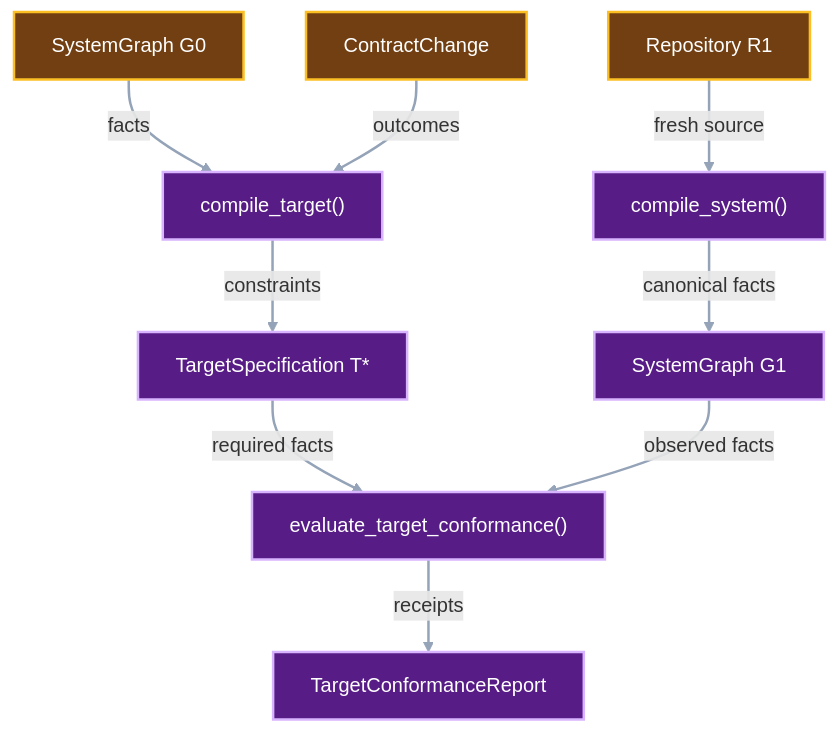
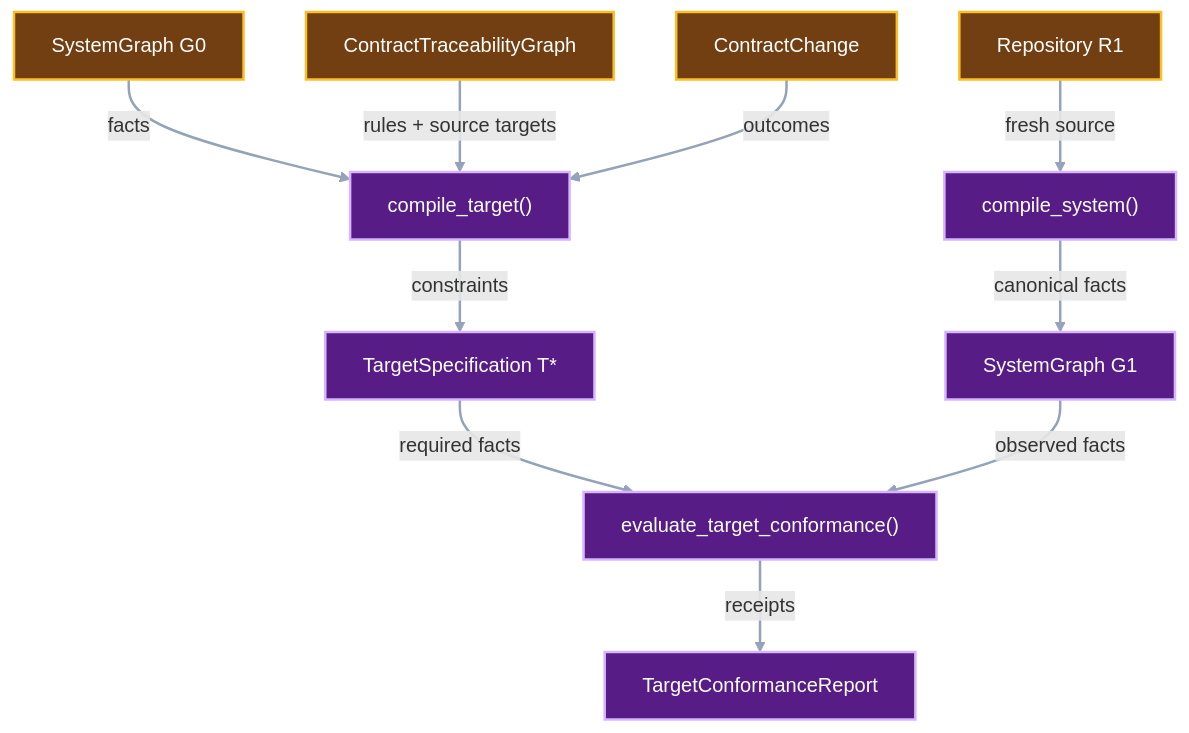
One commit to pvd232/viper changed the third of 4 diagrams in docs/development/system-impact-compiler.md. Above: the diagram before and after it, drawn with Mermaid. The commit also changed other lines of this file and 4 other files, not shown here.

Commit message:
Separate source graph from change traceability

````diff
--- a/docs/development/system-impact-compiler.md
+++ b/docs/development/system-impact-compiler.md
@@ -152,27 +158,29 @@
 ```mermaid
 flowchart TB
     Baseline["SystemGraph G0"]
+    Trace["ContractTraceabilityGraph"]
     Change["ContractChange"]
     Compile["compile_target()"]
     Target["TargetSpecification T*"]
     Result["Repository R1"]
     Observe["compile_system()"]
     Graph["SystemGraph G1"]
     Check["evaluate_target_conformance()"]
     Receipt["TargetConformanceReport"]
     Baseline -->|"facts"| Compile
+    Trace -->|"rules + source targets"| Compile
     Change -->|"outcomes"| Compile
     Compile -->|"constraints"| Target
     Result -->|"fresh source"| Observe
     Observe -->|"canonical facts"| Graph
     Target -->|"required facts"| Check
     Graph -->|"observed facts"| Check
     Check -->|"receipts"| Receipt
 
-    class Baseline,Change,Result input
+    class Baseline,Trace,Change,Result input
     class Compile,Observe,Check proposed
     class Target,Graph,Receipt proposed
     classDef input fill:#713f12,stroke:#fbbf24,color:#ffffff,stroke-width:2px
     classDef proposed fill:#581c87,stroke:#d8b4fe,color:#ffffff,stroke-width:2px
     linkStyle default stroke:#94a3b8,stroke-width:2px
 ```
````
